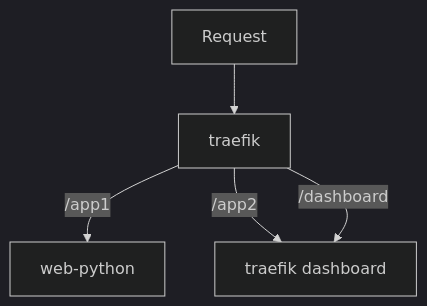
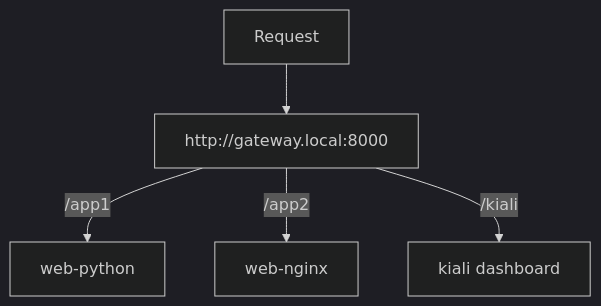
The third of 3 diagrams in README.md (tgallant/api-gateway-lab), drawn with Mermaid (dark theme) before and after one commit. The commit also changed other lines of this file, not shown here.

````diff
--- a/README.md
+++ b/README.md
@@ -42,7 +114,7 @@
 ```mermaid
 graph TD
-    A[Request] --> B[traefik]
-    B -->|/app1| D[web-python]
-    B -->|/app2| E[web-nginx]
-    B -->|/dashboard| E[traefik dashboard]
+    A[Request] --> B[http://gateway.local:8000]
+    B -->|/app1| C[web-python]
+    B -->|/app2| D[web-nginx]
+    B -->|/kiali| E[kiali dashboard]
 ```
````
